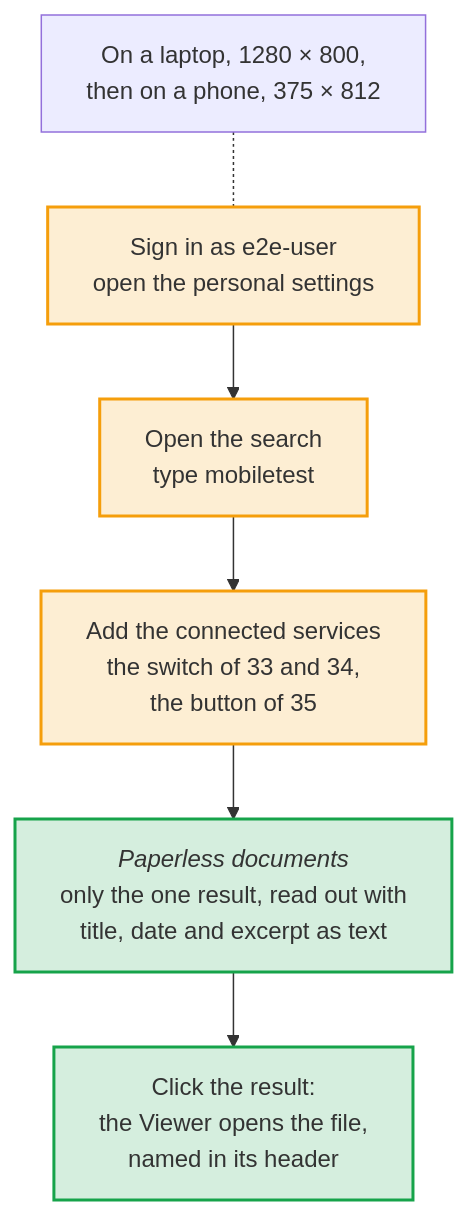
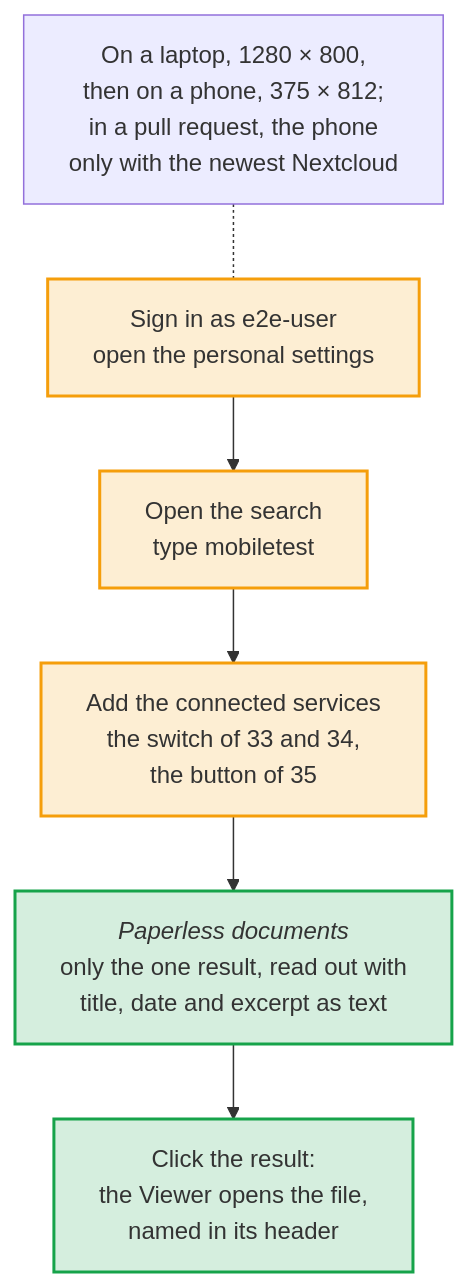
Before and after one commit to Dennis-Otto/paperless-unified-search: the diagram in docs/diagrams/the-search-dialog-in-flow-mjs.mmd, drawn with Mermaid. The commit also changed 12 other files, not shown here.

First line of the commit message:
ci(e2e): test the phone size on pull requests only with the newest Nextcloud (#212)

```diff
--- a/docs/diagrams/the-search-dialog-in-flow-mjs.mmd
+++ b/docs/diagrams/the-search-dialog-in-flow-mjs.mmd
@@ -1,23 +1,23 @@
 ---
 config:
   flowchart:
     wrappingWidth: 400
 ---
 flowchart TB
     accTitle: The search dialog in flow.mjs
-    accDescr: flow.mjs signs in as e2e-user, opens the personal settings and the search, types mobiletest and adds the connected services, with the switch of Nextcloud 33 and 34 or the button of Nextcloud 35. It expects the group Paperless documents with only Mobile viewer test, read out with its title, its date and its excerpt as text. A click on the result opens the file in Files, in the Viewer, which names it in its header. It does this on a laptop and then on a phone.
+    accDescr: flow.mjs signs in as e2e-user, opens the personal settings and the search, types mobiletest and adds the connected services, with the switch of Nextcloud 33 and 34 or the button of Nextcloud 35. It expects the group Paperless documents with only Mobile viewer test, read out with its title, its date and its excerpt as text. A click on the result opens the file in Files, in the Viewer, which names it in its header. It does this on a laptop and then on a phone; in a pull request, only the newest Nextcloud also does it on a phone.
 
     signin["Sign in as e2e-user<br>open the personal settings"]
     dialog["Open the search<br>type mobiletest"]
     connected["Add the connected services<br>the switch of 33 and 34,<br>the button of 35"]
     result["`*Paperless documents*<br>only the one result, read out with<br>title, date and excerpt as text`"]
     viewer["Click the result:<br>the Viewer opens the file,<br>named in its header"]
-    sizes["On a laptop, 1280 × 800,<br>then on a phone, 375 × 812"]
+    sizes["On a laptop, 1280 × 800,<br>then on a phone, 375 × 812;<br>in a pull request, the phone<br>only with the newest Nextcloud"]
 
     signin --> dialog --> connected --> result --> viewer
     sizes -.- signin
 
     classDef person fill:#f59e0b2e,stroke:#f59e0b,stroke-width:2px
     classDef done fill:#16a34a2e,stroke:#16a34a,stroke-width:2px
     class signin,dialog,connected person
     class result,viewer done
```
